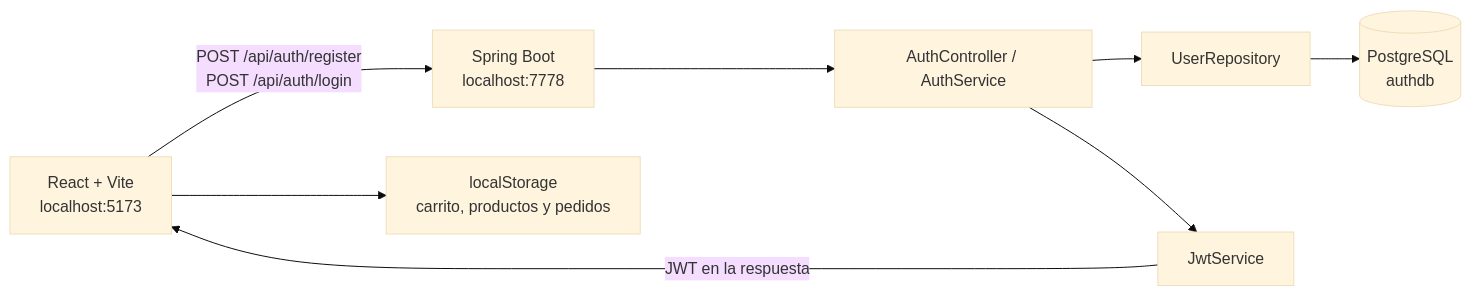
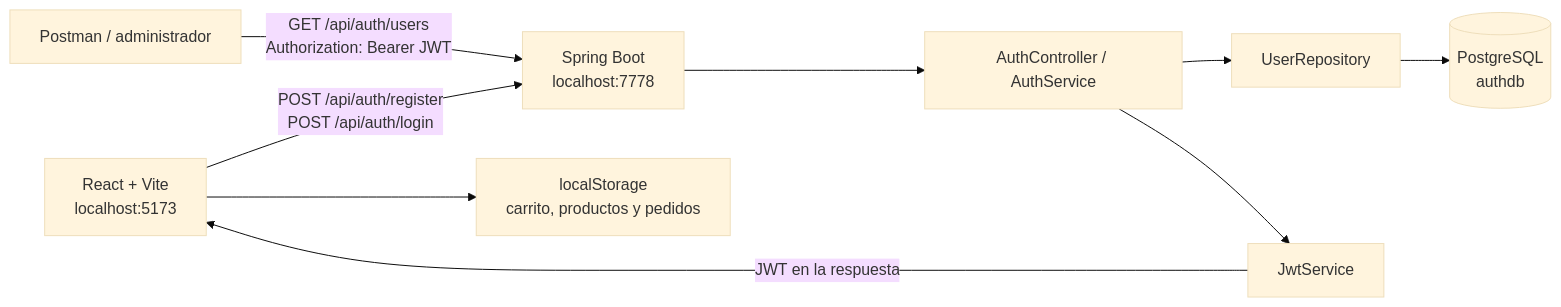
The diagram in README.MD (axbrogi23/AkumaTech_SpringBoot), drawn with Mermaid (base theme) before and after one commit. The commit also changed other lines of this file and 13 other files, not shown here.

````diff
--- a/README.MD
+++ b/README.MD
@@ -45,10 +46,11 @@
 ```mermaid
 flowchart LR
     Browser[React + Vite<br/>localhost:5173] -->|POST /api/auth/register<br/>POST /api/auth/login| API[Spring Boot<br/>localhost:7778]
+    Admin[Postman / administrador] -->|GET /api/auth/users<br/>Authorization: Bearer JWT| API
     API --> Auth[AuthController / AuthService]
     Auth --> Repo[UserRepository]
     Repo --> DB[(PostgreSQL<br/>authdb)]
     Auth --> JWT[JwtService]
     JWT -->|JWT en la respuesta| Browser
     Browser --> Local[localStorage<br/>carrito, productos y pedidos]
 ```
````
